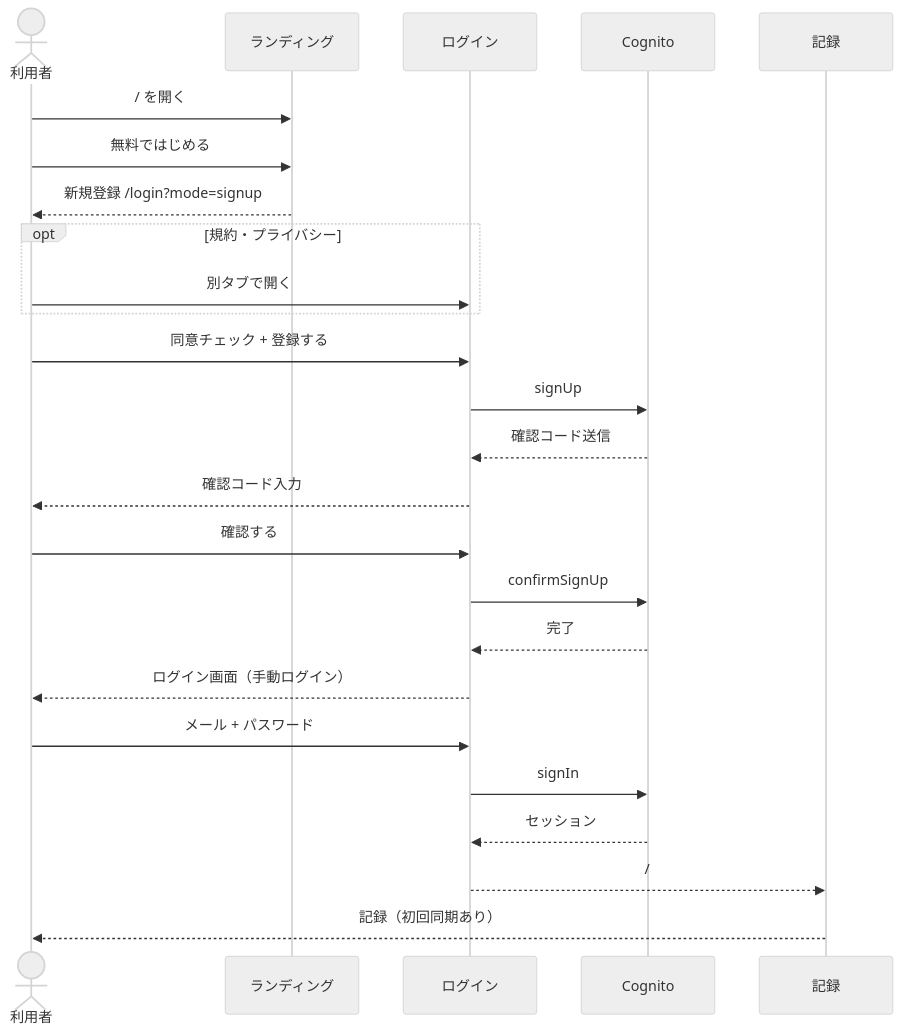
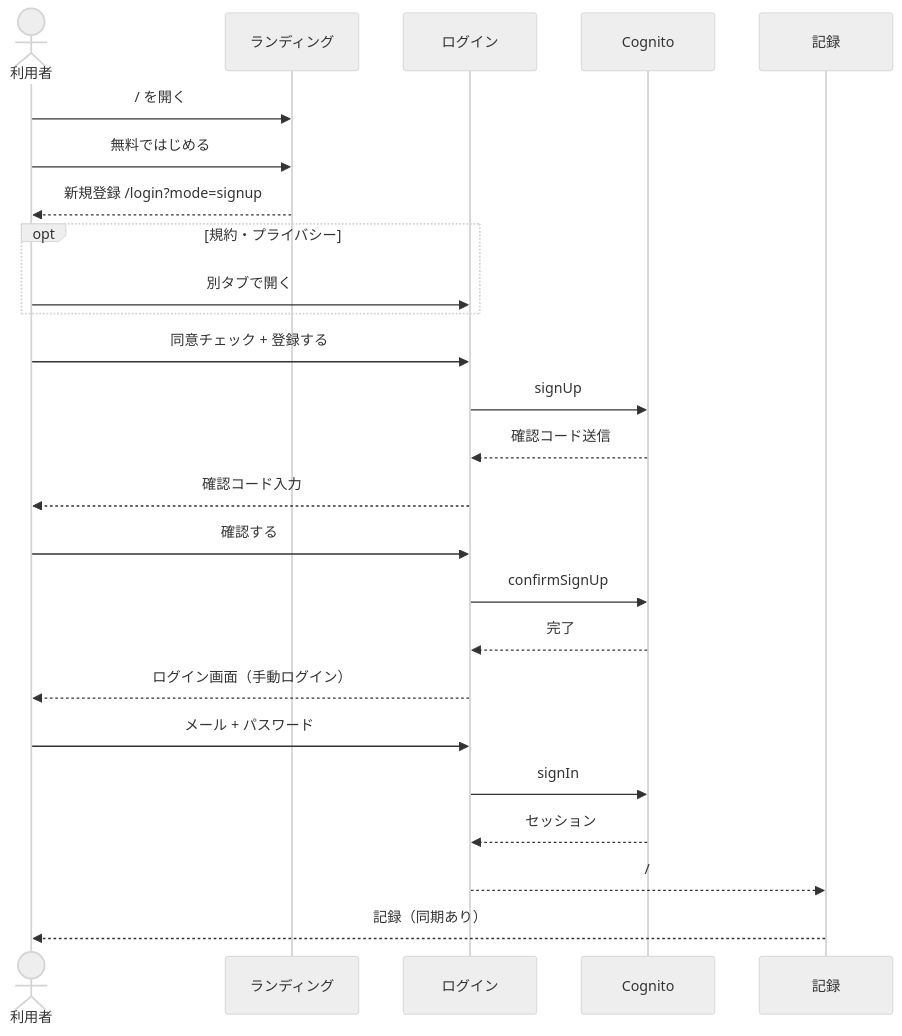
Before and after one commit to honeston/fissingplotter: the second of 5 diagrams in docs/screens/design/auth.md, drawn with Mermaid (neutral theme). The commit also changed other lines of this file and 82 other files, not shown here.

````diff
--- a/docs/screens/design/auth.md
+++ b/docs/screens/design/auth.md
@@ -26,28 +26,28 @@
 ```mermaid
 sequenceDiagram
   actor U as 利用者
   participant L as ランディング
   participant Login as ログイン
   participant Auth as Cognito
   participant Rec as 記録
 
   U->>L: / を開く
   U->>L: 無料ではじめる
   L-->>U: 新規登録 /login?mode=signup
   opt 規約・プライバシー
     U->>Login: 別タブで開く
   end
   U->>Login: 同意チェック + 登録する
   Login->>Auth: signUp
   Auth-->>Login: 確認コード送信
   Login-->>U: 確認コード入力
   U->>Login: 確認する
   Login->>Auth: confirmSignUp
   Auth-->>Login: 完了
   Login-->>U: ログイン画面（手動ログイン）
   U->>Login: メール + パスワード
   Login->>Auth: signIn
   Auth-->>Login: セッション
   Login-->>Rec: /
-  Rec-->>U: 記録（初回同期あり）
+  Rec-->>U: 記録（同期あり）
 ```
````
